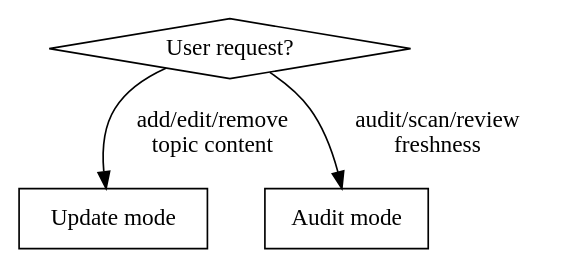
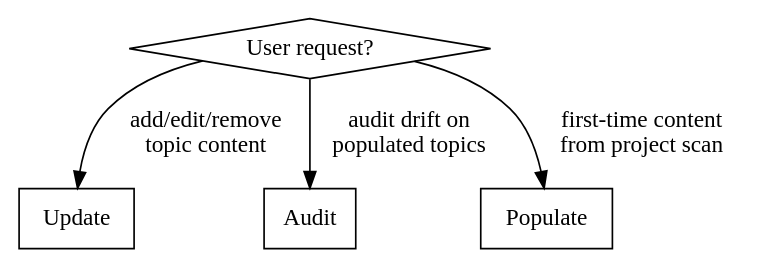
Before and after one commit to Xevion/dotfiles: the first of 2 diagrams in .claude/skills/design-corpus-maintain/SKILL.md, drawn with Graphviz. The commit also changed other lines of this file and 2 other files, not shown here.

Commit message:
refactor: add populate mode and batch review to corpus maintenance

````diff
--- a/.claude/skills/design-corpus-maintain/SKILL.md
+++ b/.claude/skills/design-corpus-maintain/SKILL.md
@@ -12,10 +12,12 @@
 ```dot
 digraph modes {
     "User request?" [shape=diamond];
-    "Update mode" [shape=box];
-    "Audit mode" [shape=box];
+    "Update" [shape=box];
+    "Audit" [shape=box];
+    "Populate" [shape=box];
 
-    "User request?" -> "Update mode" [label="add/edit/remove\ntopic content"];
-    "User request?" -> "Audit mode" [label="audit/scan/review\nfreshness"];
+    "User request?" -> "Update" [label="add/edit/remove\ntopic content"];
+    "User request?" -> "Audit" [label="audit drift on\npopulated topics"];
+    "User request?" -> "Populate" [label="first-time content\nfrom project scan"];
 }
 ```
````
